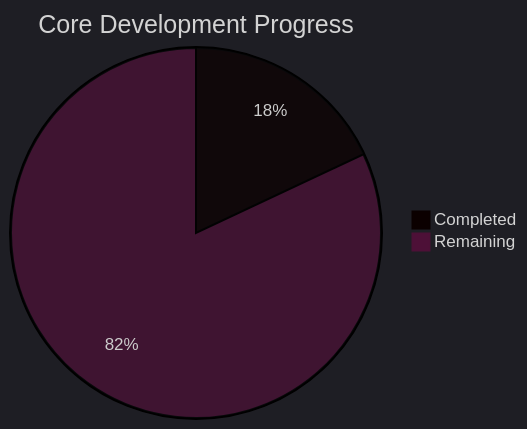
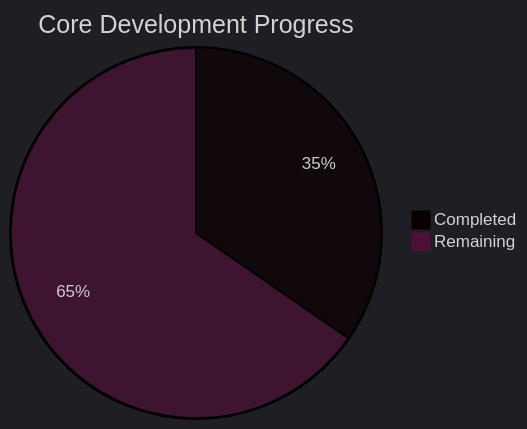
One commit to Neogleamz/SK8Lytz changed the first of 5 diagrams in tools/SK8Lytz_Bucket_List.md. Above: the diagram before and after it, drawn with Mermaid. The commit also changed other lines of this file, not shown here.

````diff
--- a/tools/SK8Lytz_Bucket_List.md
+++ b/tools/SK8Lytz_Bucket_List.md
@@ -9,6 +9,6 @@
 ```mermaid
 %%{init: {'theme': 'dark'}}%%
 pie title Core Development Progress
-  "Completed" : 9
-  "Remaining" : 41
+  "Completed" : 18
+  "Remaining" : 34
 ```
````
